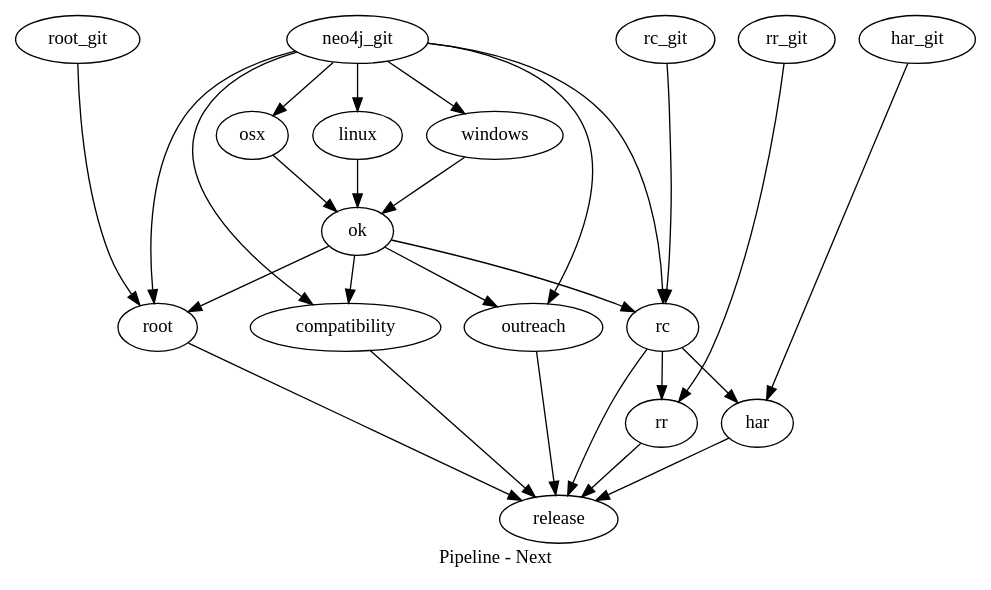
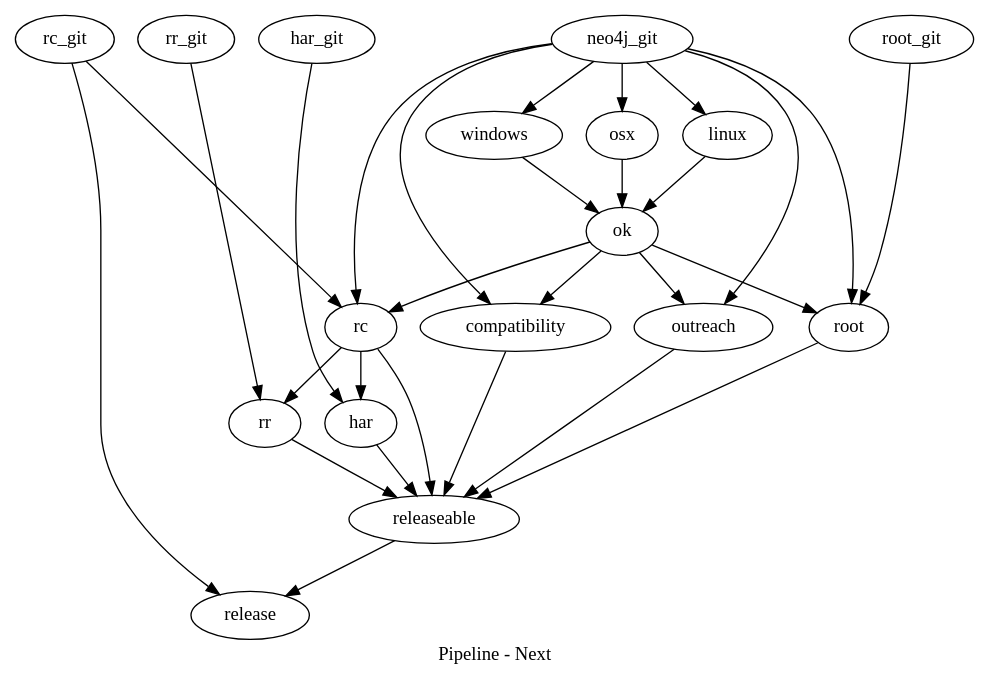
The diagram in pipeline-next.dot (benbc/neo4j-misc), drawn with Graphviz before and after one commit.

Commit message:
Add releaseable stage to next.

```diff
--- a/pipeline-next.dot
+++ b/pipeline-next.dot
@@ -1,28 +1,30 @@
 digraph PipelineNext {
   label = "Pipeline - Next";
   subgraph {
     rank = "source";
     neo4j_git;
     rc_git;
     har_git;
     rr_git;
     root_git;
   }
   subgraph {
     rank = "sink";
     release;
   }
 
   neo4j_git -> {linux windows osx outreach compatibility rc root};
 
   rc_git -> rc;
   rr_git -> rr;
   har_git -> har;
   root_git -> root;
 
   {linux windows osx} -> ok -> {rc outreach compatibility root};
 
   rc -> {har rr};
 
-  {rc root outreach compatibility rr har} -> release;
+  {rc root outreach compatibility rr har} -> releaseable;
+
+  {releaseable rc_git} -> release;
 }
```
